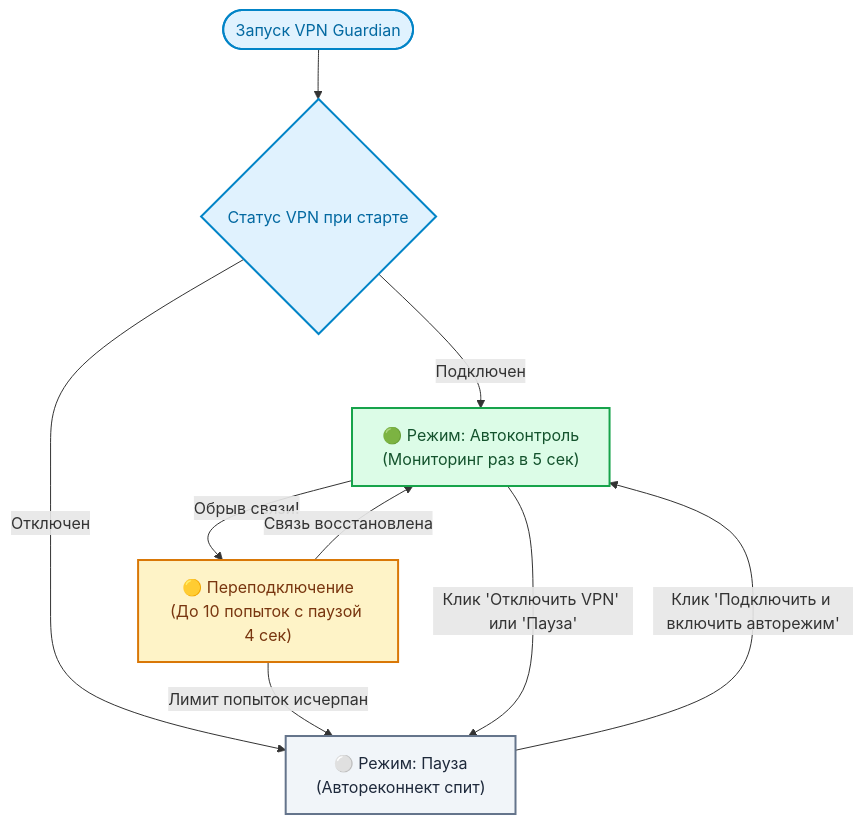
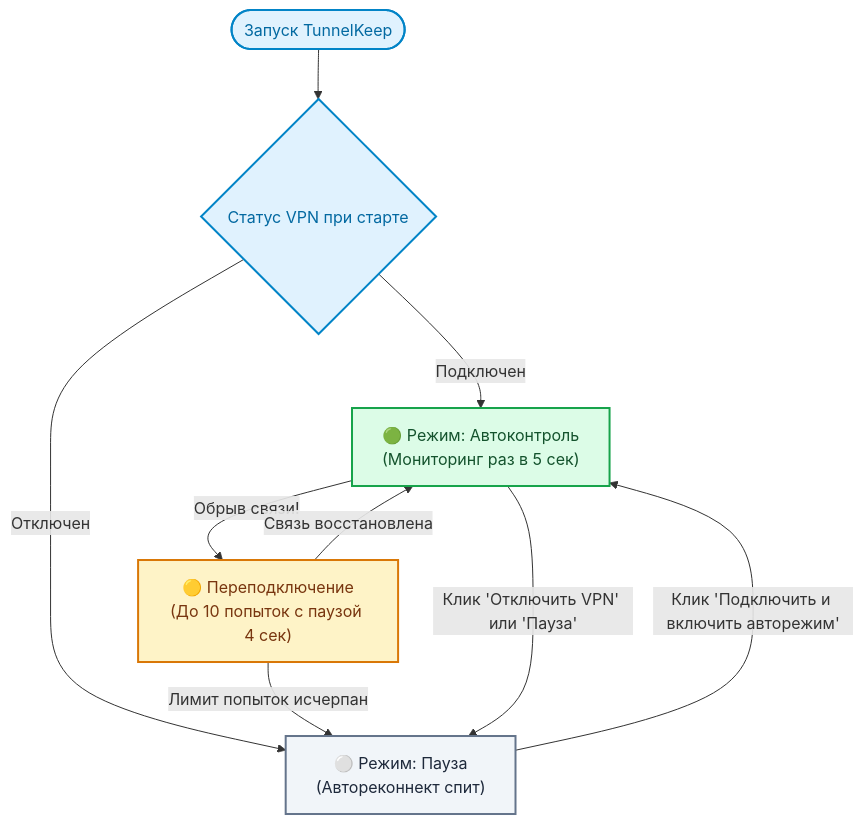
The diagram in README.ru.md (MihailBezukladnikovISiP201/tunnelkeep), drawn with Mermaid before and after one commit. The commit also changed other lines of this file and 14 other files, not shown here.

Commit message:
feat: rename project to TunnelKeep across all modules, docs and manifests

````diff
--- a/README.ru.md
+++ b/README.ru.md
@@ -47,19 +47,19 @@
 ```mermaid
 flowchart TD
     classDef auto fill:#dcfce7,stroke:#16a34a,stroke-width:2px,color:#14532d;
     classDef paused fill:#f1f5f9,stroke:#64748b,stroke-width:2px,color:#1e293b;
     classDef alert fill:#fef3c7,stroke:#d97706,stroke-width:2px,color:#78350f;
     classDef start fill:#e0f2fe,stroke:#0284c7,stroke-width:2px,color:#0369a1;
 
-    A(["Запуск VPN Guardian"]):::start --> B{"Статус VPN при старте"}:::start
+    A(["Запуск TunnelKeep"]):::start --> B{"Статус VPN при старте"}:::start
     
     B -->|"Подключен"| StateAuto["🟢 Режим: Автоконтроль\n(Мониторинг раз в 5 сек)"]:::auto
     B -->|"Отключен"| StatePaused["⚪ Режим: Пауза\n(Автореконнект спит)"]:::paused
 
     StateAuto -->|"Обрыв связи!"| StateReconnect["🟡 Переподключение\n(До 10 попыток с паузой 4 сек)"]:::alert
     StateReconnect -->|"Связь восстановлена"| StateAuto
     StateReconnect -->|"Лимит попыток исчерпан"| StatePaused
 
     StateAuto -->|"Клик 'Отключить VPN' или 'Пауза'"| StatePaused
     StatePaused -->|"Клик 'Подключить и включить авторежим'"| StateAuto
 ```
````
